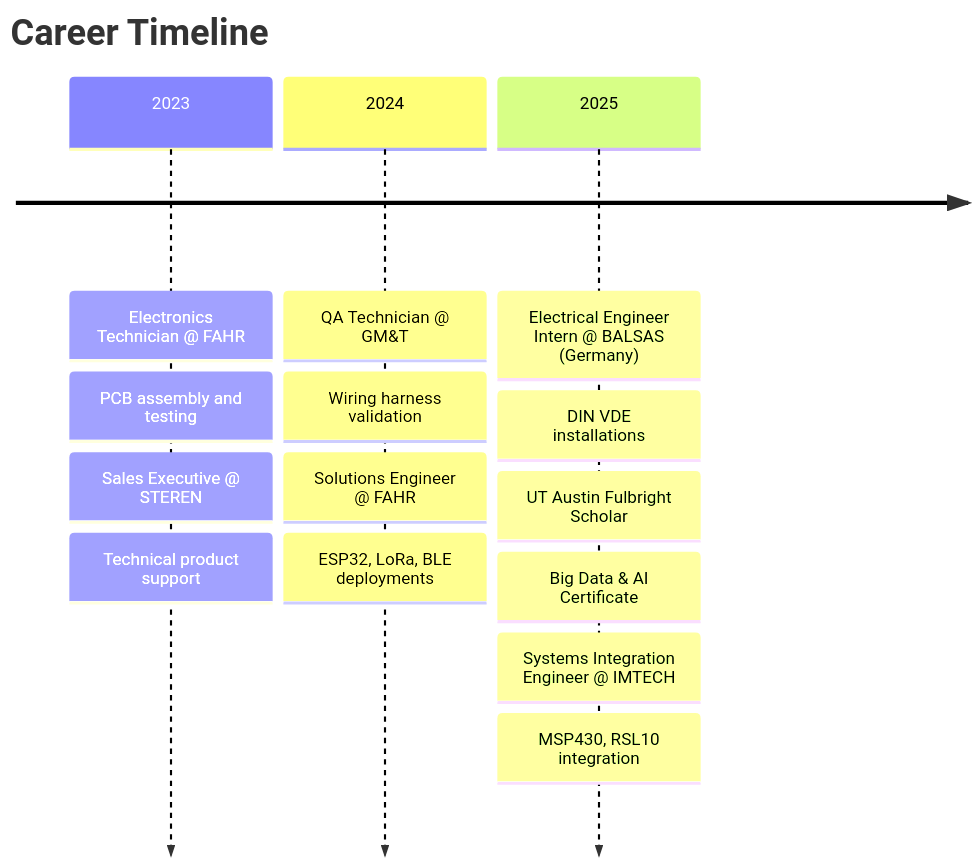
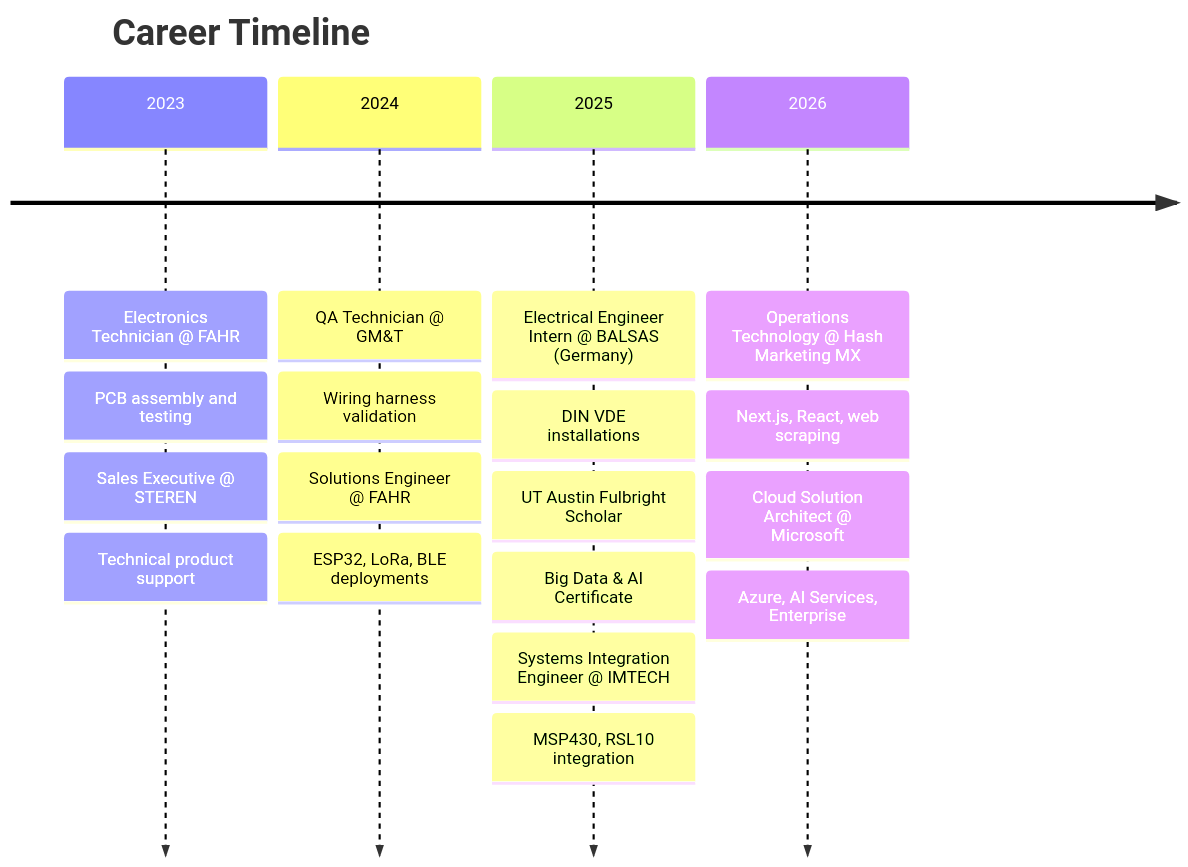
One commit to surbalo1/surbalo1 changed the diagram in README.md. Above: the diagram before and after it, drawn with Mermaid. The commit also changed other lines of this file, not shown here.

````diff
--- a/README.md
+++ b/README.md
@@ -210,18 +241,22 @@
 ```mermaid
 timeline
     title Career Timeline
     2023 : Electronics Technician @ FAHR
          : PCB assembly and testing
          : Sales Executive @ STEREN
          : Technical product support
     2024 : QA Technician @ GM&T
          : Wiring harness validation
          : Solutions Engineer @ FAHR
          : ESP32, LoRa, BLE deployments
     2025 : Electrical Engineer Intern @ BALSAS (Germany)
          : DIN VDE installations
          : UT Austin Fulbright Scholar
          : Big Data & AI Certificate
          : Systems Integration Engineer @ IMTECH
          : MSP430, RSL10 integration
+    2026 : Operations Technology @ Hash Marketing MX
+         : Next.js, React, web scraping
+         : Cloud Solution Architect @ Microsoft
+         : Azure, AI Services, Enterprise
 ```
````
